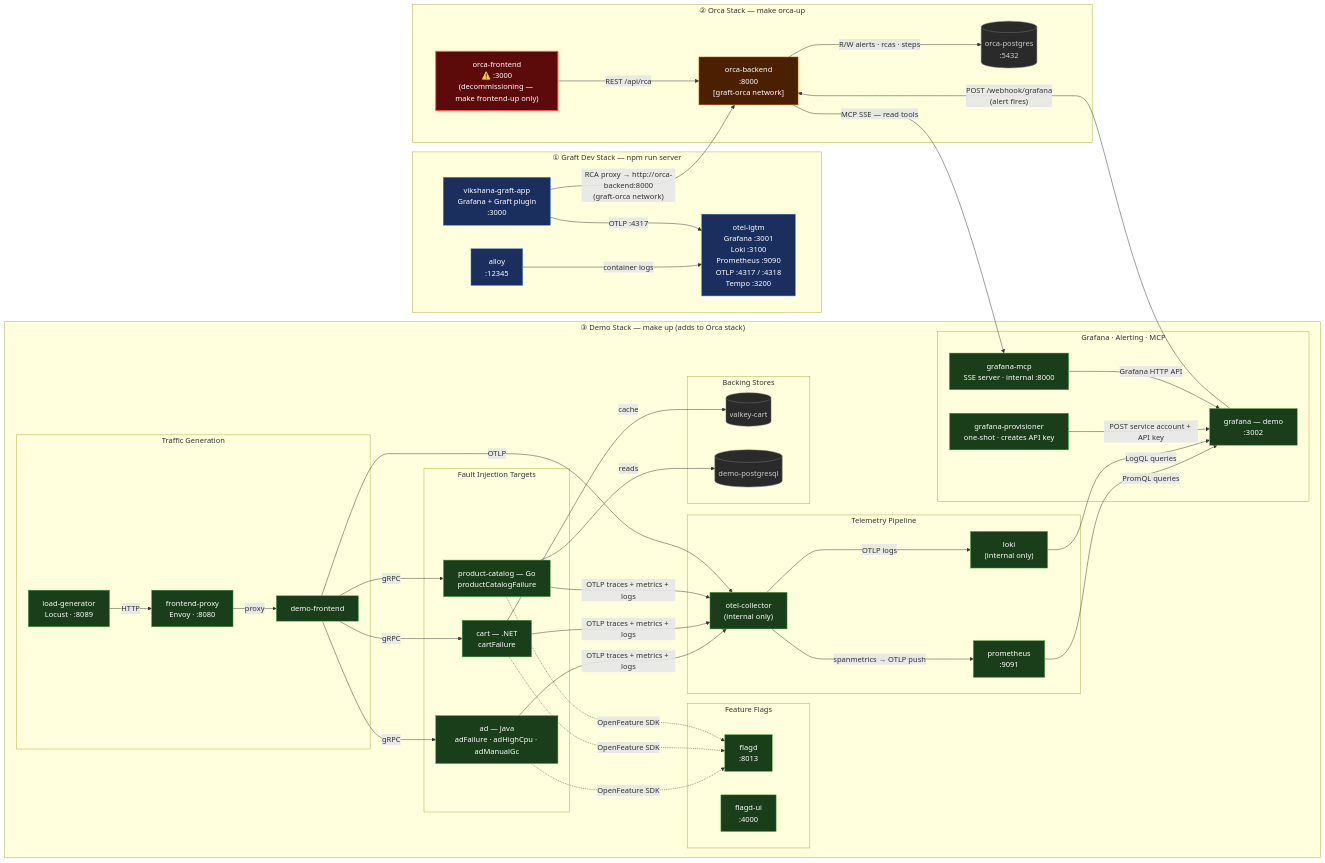
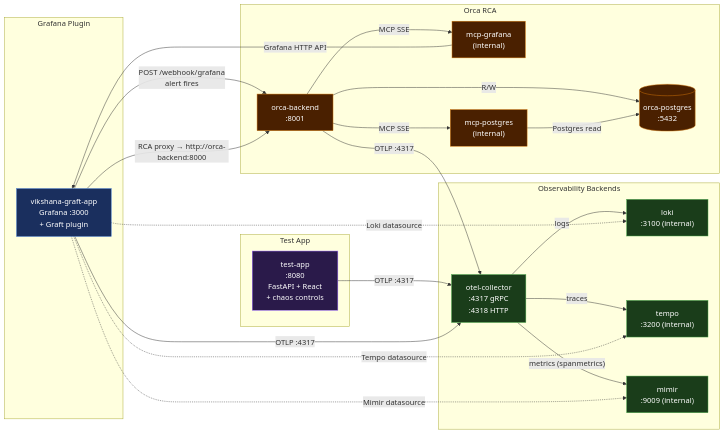
Before and after one commit to vikshana/vikshana-graft-app: the diagram in ARCHITECTURE.md, drawn with Mermaid. The commit also changed other lines of this file and 76 other files, not shown here.

First line of the commit message:
feat: Add Loki, Mimir, Tempo, and OTel Collector configurations for telemetry stack

````diff
--- a/ARCHITECTURE.md
+++ b/ARCHITECTURE.md
@@ -17,111 +15,62 @@
 ```mermaid
 flowchart LR
-    classDef graftNode fill:#1a2f5e,stroke:#4a7fd4,color:#fff
-    classDef orcaNode fill:#4a2000,stroke:#d4770a,color:#fff
-    classDef demoNode fill:#1a3d1a,stroke:#4aaa4a,color:#fff
-    classDef conflictNode fill:#5c0a0a,stroke:#ff5555,color:#fff,stroke-width:2px
-    classDef storeNode fill:#2a2a2a,stroke:#777,color:#ccc
+    classDef grafanaNode fill:#1a2f5e,stroke:#4a7fd4,color:#fff
+    classDef observNode  fill:#1a3d1a,stroke:#4aaa4a,color:#fff
+    classDef orcaNode    fill:#4a2000,stroke:#d4770a,color:#fff
+    classDef testNode    fill:#2a1a4a,stroke:#9a66ff,color:#fff
+    classDef storeNode   fill:#2a2a2a,stroke:#777,color:#ccc
 
-    subgraph GRAFT["① Graft Dev Stack — npm run server"]
-        GRAFANA_GRAFT["vikshana-graft-app\nGrafana + Graft plugin\n:3000"]
-        OTEL_LGTM["otel-lgtm\nGrafana :3001\nLoki :3100\nPrometheus :9090\nOTLP :4317 / :4318\nTempo :3200"]
-        ALLOY["alloy\n:12345"]
+    subgraph PLUGIN["Grafana Plugin"]
+        GRAFANA["vikshana-graft-app\nGrafana :3000\n+ Graft plugin"]
     end
 
-    subgraph ORCA["② Orca Stack — make orca-up"]
-        ORCA_FE["orca-frontend\n⚠️ :3000\n(decommissioning — make frontend-up only)"]
-        ORCA_BE["orca-backend\n:8000\n[graft-orca network]"]
-        ORCA_PG[("orca-postgres\n:5432")]
+    subgraph OBS["Observability Backends"]
+        LOKI["loki\n:3100 (internal)"]
+        TEMPO["tempo\n:3200 (internal)"]
+        MIMIR["mimir\n:9009 (internal)"]
+        COLLECTOR["otel-collector\n:4317 gRPC\n:4318 HTTP"]
     end
 
-    subgraph DEMO["③ Demo Stack — make up (adds to Orca stack)"]
-
-        subgraph FAULT["Fault Injection Targets"]
-            AD["ad — Java\nadFailure · adHighCpu · adManualGc"]
-            CART["cart — .NET\ncartFailure"]
-            PC["product-catalog — Go\nproductCatalogFailure"]
-        end
-
-        subgraph FLAGS["Feature Flags"]
-            FLAGD["flagd\n:8013"]
-            FLAGD_UI["flagd-ui\n:4000"]
-        end
-
-        subgraph TRAFFIC["Traffic Generation"]
-            LOCUST["load-generator\nLocust · :8089"]
-            FP["frontend-proxy\nEnvoy · :8080"]
-            DEMO_FE["demo-frontend"]
-        end
-
-        subgraph TELEM["Telemetry Pipeline"]
-            COLLECTOR["otel-collector\n(internal only)"]
-            PROM["prometheus\n:9091"]
-            LOKI["loki\n(internal only)"]
-        end
-
-        subgraph INTEGRATION["Grafana · Alerting · MCP"]
-            DEMO_GRAFANA["grafana — demo\n:3002"]
-            GRA_PROV["grafana-provisioner\none-shot · creates API key"]
-            GRA_MCP["grafana-mcp\nSSE server · internal :8000"]
-        end
-
-        subgraph STORES["Backing Stores"]
-            VALKEY[("valkey-cart")]
-            DEMO_PG[("demo-postgresql")]
-        end
-
+    subgraph ORCA["Orca RCA"]
+        ORCA_BE["orca-backend\n:8001"]
+        ORCA_PG[("orca-postgres\n:5432")]
+        MCP_G["mcp-grafana\n(internal)"]
+        MCP_P["mcp-postgres\n(internal)"]
     end
 
-    %% ── Graft dev internal ──────────────────────────────────────────────────
-    ALLOY         -->|"container logs"| OTEL_LGTM
-    GRAFANA_GRAFT -->|"OTLP :4317"| OTEL_LGTM
+    subgraph TEST["Test App"]
+        APP["test-app\n:8080\nFastAPI + React\n+ chaos controls"]
+    end
 
-    %% ── Traffic flow ────────────────────────────────────────────────────────
-    LOCUST  -->|"HTTP"| FP
-    FP      -->|"proxy"| DEMO_FE
-    DEMO_FE -->|"gRPC"| AD
-    DEMO_FE -->|"gRPC"| CART
-    DEMO_FE -->|"gRPC"| PC
+    %% Telemetry flows
+    APP      -->|"OTLP :4317"| COLLECTOR
+    GRAFANA  -->|"OTLP :4317"| COLLECTOR
+    ORCA_BE  -->|"OTLP :4317"| COLLECTOR
 
-    %% ── Feature flag evaluation ─────────────────────────────────────────────
-    AD   -. "OpenFeature SDK" .-> FLAGD
-    CART -. "OpenFeature SDK" .-> FLAGD
-    PC   -. "OpenFeature SDK" .-> FLAGD
+    COLLECTOR -->|"traces"| TEMPO
+    COLLECTOR -->|"metrics (spanmetrics)"| MIMIR
+    COLLECTOR -->|"logs"| LOKI
 
-    %% ── Telemetry ───────────────────────────────────────────────────────────
-    AD      -->|"OTLP traces + metrics + logs"| COLLECTOR
-    CART    -->|"OTLP traces + metrics + logs"| COLLECTOR
-    PC      -->|"OTLP traces + metrics + logs"| COLLECTOR
-    DEMO_FE -->|"OTLP"| COLLECTOR
-    COLLECTOR -->|"spanmetrics → OTLP push"| PROM
-    COLLECTOR -->|"OTLP logs"| LOKI
+    %% Grafana datasources
+    GRAFANA -.->|"Mimir datasource"| MIMIR
+    GRAFANA -.->|"Loki datasource"| LOKI
+    GRAFANA -.->|"Tempo datasource"| TEMPO
 
-    %% ── Backing stores ──────────────────────────────────────────────────────
-    CART -->|"cache"| VALKEY
-    PC   -->|"reads"| DEMO_PG
+    %% Alerting → Orca
+    GRAFANA -->|"POST /webhook/grafana\nalert fires"| ORCA_BE
 
-    %% ── Alerting → Orca ─────────────────────────────────────────────────────
-    PROM         -->|"PromQL queries"| DEMO_GRAFANA
-    LOKI         -->|"LogQL queries"| DEMO_GRAFANA
-    GRA_PROV     -->|"POST service account + API key"| DEMO_GRAFANA
-    DEMO_GRAFANA -->|"POST /webhook/grafana\n(alert fires)"| ORCA_BE
+    %% Orca internal
+    ORCA_BE -->|"R/W"| ORCA_PG
+    ORCA_BE -->|"MCP SSE"| MCP_G
+    ORCA_BE -->|"MCP SSE"| MCP_P
+    MCP_G   -->|"Grafana HTTP API"| GRAFANA
+    MCP_P   -->|"Postgres read"| ORCA_PG
 
-    %% ── Orca internal ───────────────────────────────────────────────────────
-    ORCA_BE -->|"R/W alerts · rcas · steps"| ORCA_PG
-    ORCA_BE -->|"MCP SSE — read tools"| GRA_MCP
-    GRA_MCP -->|"Grafana HTTP API"| DEMO_GRAFANA
-    ORCA_FE -->|"REST /api/rca"| ORCA_BE
+    %% Plugin → Orca proxy
+    GRAFANA -->|"RCA proxy → http://orca-backend:8000"| ORCA_BE
 
-    %% ── Cross-stack (graft-orca shared network) ────────────────────────────
-    GRAFANA_GRAFT -->|"RCA proxy → http://orca-backend:8000\n(graft-orca network)"| ORCA_BE
-
-    %% ── Styling ─────────────────────────────────────────────────────────────
-    class GRAFANA_GRAFT graftNode
-    class ALLOY graftNode
-    class OTEL_LGTM graftNode
-    class ORCA_FE conflictNode
-    class ORCA_BE orcaNode
-    class ORCA_PG storeNode
-    class AD,CART,PC,FLAGD,FLAGD_UI,LOCUST,FP,DEMO_FE,COLLECTOR,PROM,LOKI,DEMO_GRAFANA,GRA_PROV,GRA_MCP demoNode
-    class VALKEY,DEMO_PG storeNode
+    class GRAFANA grafanaNode
+    class LOKI,TEMPO,MIMIR,COLLECTOR observNode
+    class ORCA_BE,ORCA_PG,MCP_G,MCP_P orcaNode
+    class APP testNode
 ```
````
